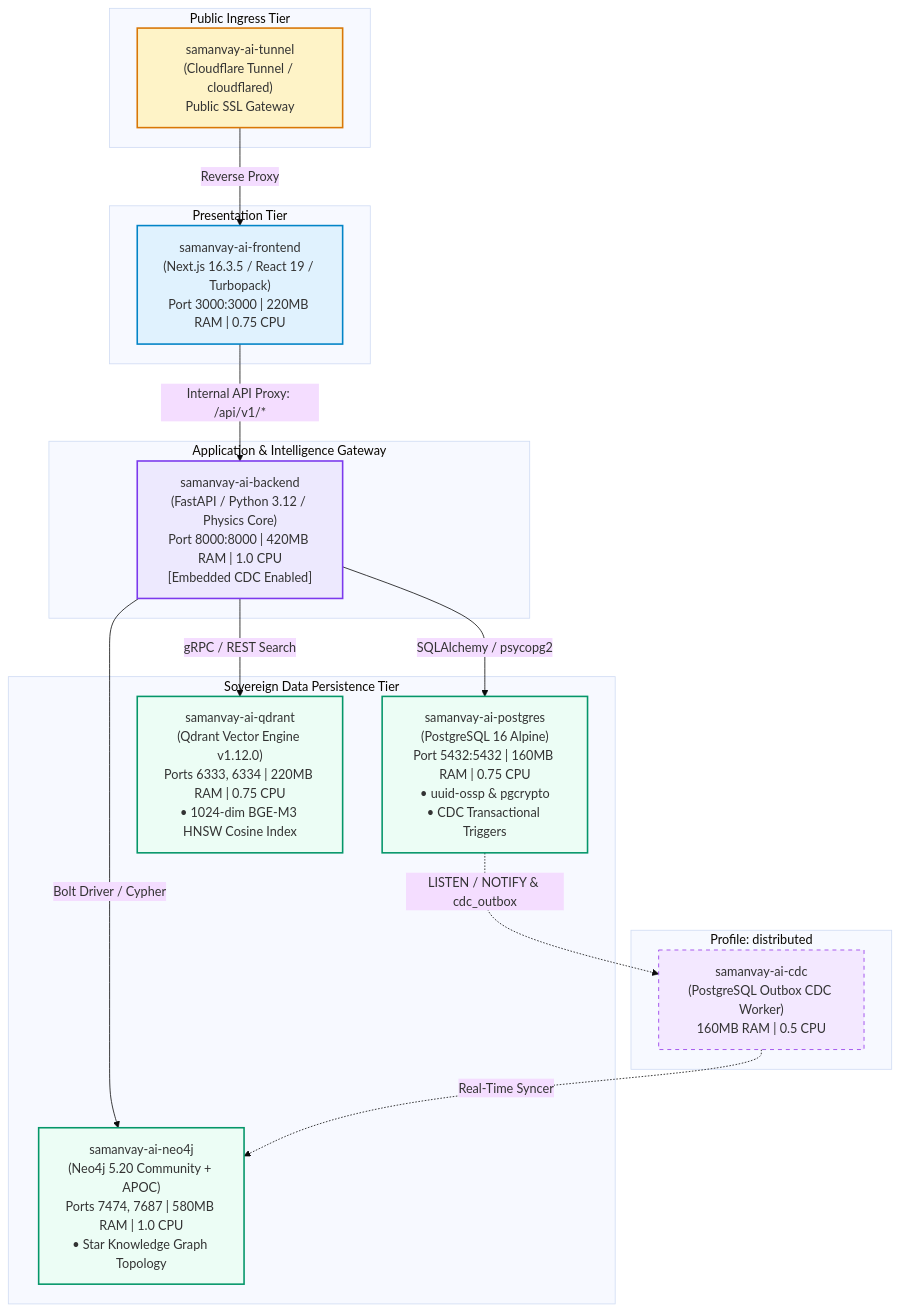
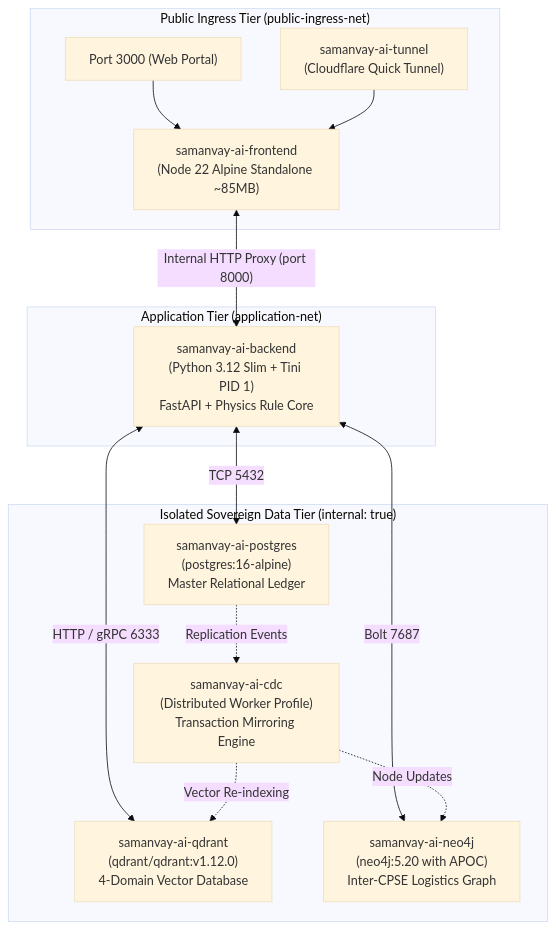
One commit to Gesicht436/Samanvay-AI changed the diagram in docker/README.md. Above: the diagram before and after it, drawn with Mermaid (base theme). The commit also changed other lines of this file and 7 other files, not shown here.

````diff
--- a/docker/README.md
+++ b/docker/README.md
@@ -16,44 +9,31 @@
 ```mermaid
-graph TD
-    subgraph Public Ingress Tier
-        TUNNEL["samanvay-ai-tunnel<br/>(Cloudflare Tunnel / cloudflared)<br/>Public SSL Gateway"]
+flowchart TD
+    subgraph Ingress ["Public Ingress Tier (public-ingress-net)"]
+        P3000["Port 3000 (Web Portal)"]
+        TUNNEL["samanvay-ai-tunnel<br>(Cloudflare Quick Tunnel)"]
+        FRONTEND["samanvay-ai-frontend<br>(Node 22 Alpine Standalone ~85MB)"]
     end
 
-    subgraph Presentation Tier
-        FRONTEND["samanvay-ai-frontend<br/>(Next.js 16.3.5 / React 19 / Turbopack)<br/>Port 3000:3000 | 220MB RAM | 0.75 CPU"]
+    subgraph AppMesh ["Application Tier (application-net)"]
+        BACKEND["samanvay-ai-backend<br>(Python 3.12 Slim + Tini PID 1)<br>FastAPI + Physics Rule Core"]
     end
 
-    subgraph Application & Intelligence Gateway
-        BACKEND["samanvay-ai-backend<br/>(FastAPI / Python 3.12 / Physics Core)<br/>Port 8000:8000 | 420MB RAM | 1.0 CPU<br/>[Embedded CDC Enabled]"]
+    subgraph DataMesh ["Isolated Sovereign Data Tier (internal: true)"]
+        POSTGRES["samanvay-ai-postgres<br>(postgres:16-alpine)<br>Master Relational Ledger"]
+        QDRANT["samanvay-ai-qdrant<br>(qdrant/qdrant:v1.12.0)<br>4-Domain Vector Database"]
+        NEO4J["samanvay-ai-neo4j<br>(neo4j:5.20 with APOC)<br>Inter-CPSE Logistics Graph"]
+        CDC["samanvay-ai-cdc<br>(Distributed Worker Profile)<br>Transaction Mirroring Engine"]
     end
 
-    subgraph Distributed Streaming Tier [Profile: distributed]
-        CDC["samanvay-ai-cdc<br/>(PostgreSQL Outbox CDC Worker)<br/>160MB RAM | 0.5 CPU"]
-    end
+    P3000 --> FRONTEND
+    TUNNEL --> FRONTEND
+    FRONTEND <-->|"Internal HTTP Proxy (port 8000)"| BACKEND
 
-    subgraph Sovereign Data Persistence Tier
-        POSTGRES["samanvay-ai-postgres<br/>(PostgreSQL 16 Alpine)<br/>Port 5432:5432 | 160MB RAM | 0.75 CPU<br/>• uuid-ossp & pgcrypto<br/>• CDC Transactional Triggers"]
-        QDRANT["samanvay-ai-qdrant<br/>(Qdrant Vector Engine v1.12.0)<br/>Ports 6333, 6334 | 220MB RAM | 0.75 CPU<br/>• 1024-dim BGE-M3 HNSW Cosine Index"]
-        NEO4J["samanvay-ai-neo4j<br/>(Neo4j 5.20 Community + APOC)<br/>Ports 7474, 7687 | 580MB RAM | 1.0 CPU<br/>• Star Knowledge Graph Topology"]
-    end
+    BACKEND <-->|"TCP 5432"| POSTGRES
+    BACKEND <-->|"HTTP / gRPC 6333"| QDRANT
+    BACKEND <-->|"Bolt 7687"| NEO4J
 
-    TUNNEL -->|Reverse Proxy| FRONTEND
-    FRONTEND -->|Internal API Proxy: /api/v1/*| BACKEND
-    BACKEND -->|SQLAlchemy / psycopg2| POSTGRES
-    BACKEND -->|gRPC / REST Search| QDRANT
-    BACKEND -->|Bolt Driver / Cypher| NEO4J
-    POSTGRES -.->|LISTEN / NOTIFY & cdc_outbox| CDC
-    CDC -.->|Real-Time Syncer| NEO4J
-
-    classDef ingress fill:#fef3c7,stroke:#d97706,stroke-width:2px;
-    classDef web fill:#e0f2fe,stroke:#0284c7,stroke-width:2px;
-    classDef app fill:#ede9fe,stroke:#7c3aed,stroke-width:2px;
-    classDef db fill:#ecfdf5,stroke:#059669,stroke-width:2px;
-    classDef stream fill:#f3e8ff,stroke:#9333ea,stroke-width:1px,stroke-dasharray: 5 5;
-
-    class TUNNEL ingress;
-    class FRONTEND web;
-    class BACKEND app;
-    class CDC stream;
-    class POSTGRES,QDRANT,NEO4J db;
+    POSTGRES -.->|"Replication Events"| CDC
+    CDC -.->|"Node Updates"| NEO4J
+    CDC -.->|"Vector Re-indexing"| QDRANT
 ```
````
